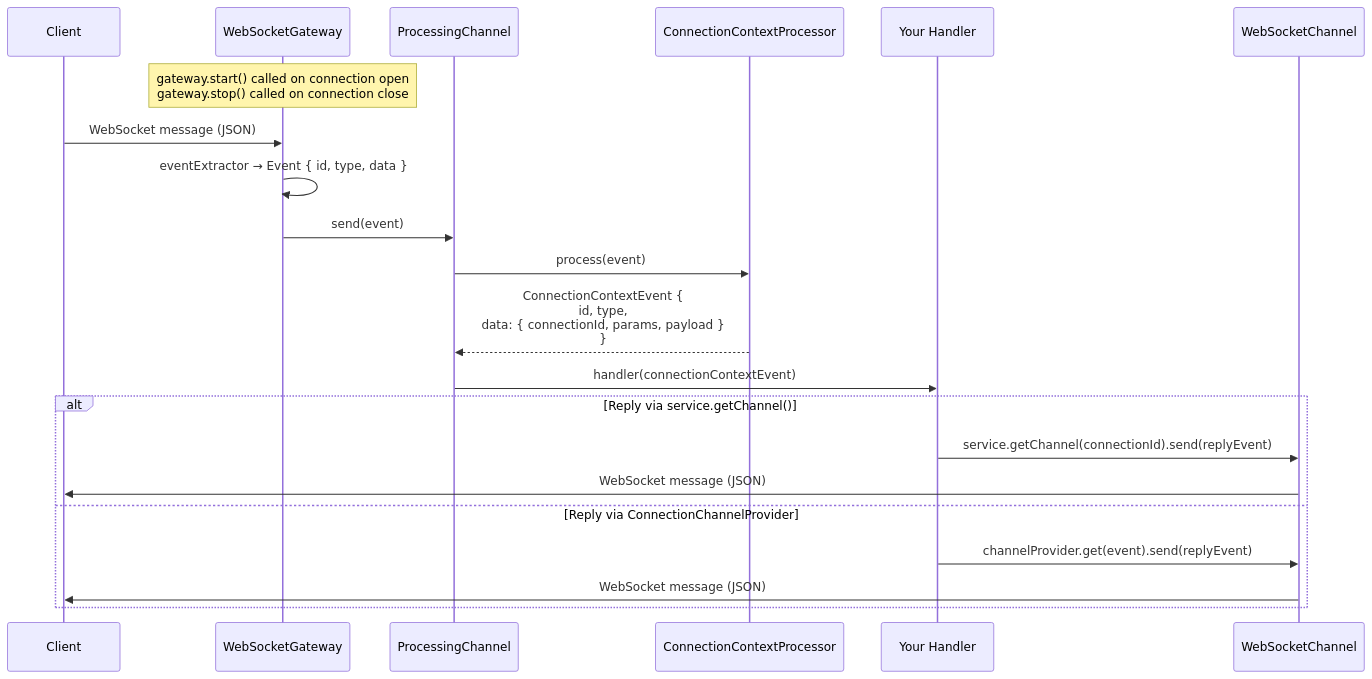
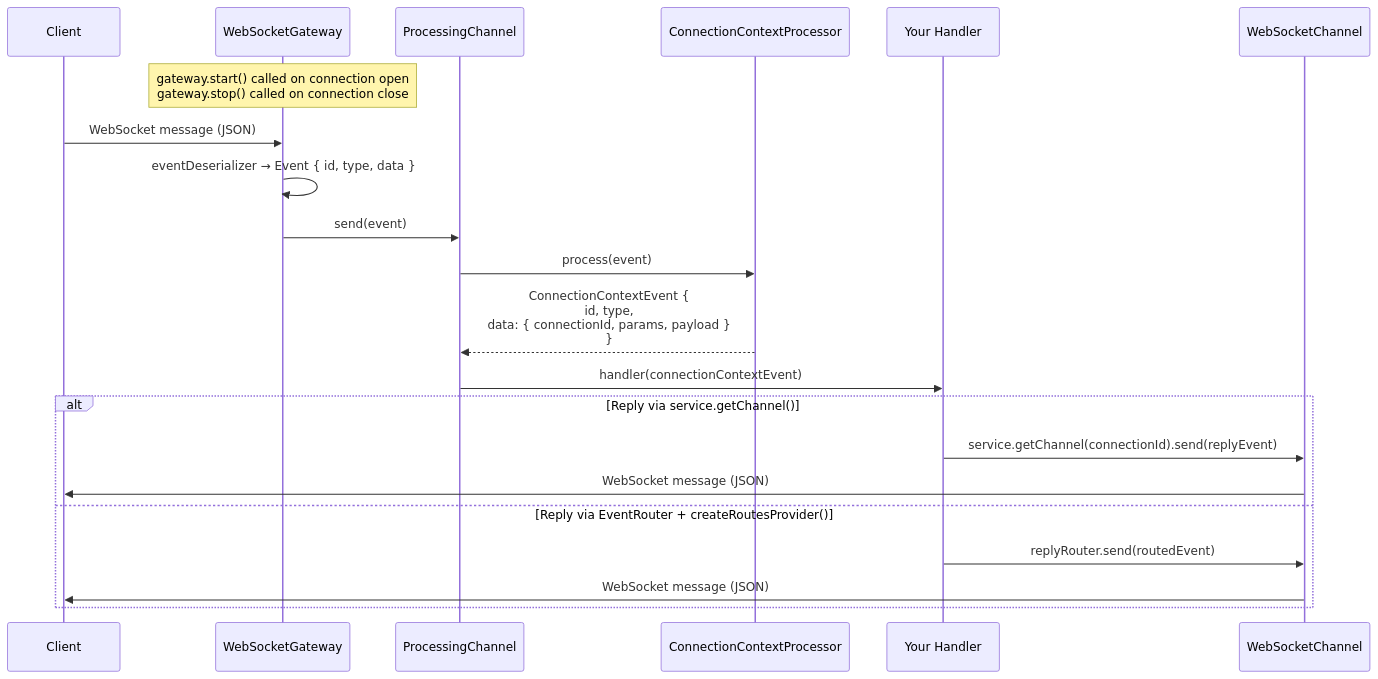
Before and after one commit to sektek/synaptik-express: the third of 4 diagrams in docs/web-socket.md, drawn with Mermaid. The commit also changed other lines of this file and 9 other files, not shown here.

````diff
--- a/docs/web-socket.md
+++ b/docs/web-socket.md
@@ -127,28 +143,28 @@
 ```mermaid
 sequenceDiagram
     participant Client
     participant Gateway as WebSocketGateway
     participant PC as ProcessingChannel
     participant Processor as ConnectionContextProcessor
     participant Handler as Your Handler
     participant Channel as WebSocketChannel
 
     Note over Gateway: gateway.start() called on connection open<br/>gateway.stop() called on connection close
 
     Client->>Gateway: WebSocket message (JSON)
-    Gateway->>Gateway: eventExtractor → Event { id, type, data }
+    Gateway->>Gateway: eventDeserializer → Event { id, type, data }
     Gateway->>PC: send(event)
 
     PC->>Processor: process(event)
     Processor-->>PC: ConnectionContextEvent {<br/>  id, type,<br/>  data: { connectionId, params, payload }<br/>}
 
     PC->>Handler: handler(connectionContextEvent)
 
     alt Reply via service.getChannel()
         Handler->>Channel: service.getChannel(connectionId).send(replyEvent)
         Channel->>Client: WebSocket message (JSON)
-    else Reply via ConnectionChannelProvider
-        Handler->>Channel: channelProvider.get(event).send(replyEvent)
+    else Reply via EventRouter + createRoutesProvider()
+        Handler->>Channel: replyRouter.send(routedEvent)
         Channel->>Client: WebSocket message (JSON)
     end
 ```
````
